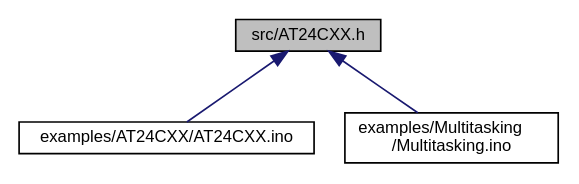
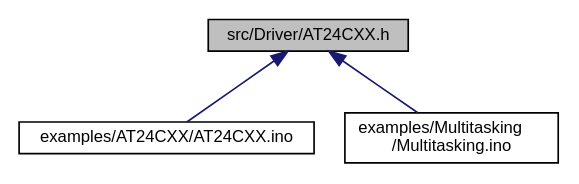
One commit to mikaelpatel/mikaelpatel.github.io changed the diagram in Arduino-TWI/db/db6/AT24CXX_8h__dep__incl.dot. Above: the diagram before and after it, drawn with Graphviz. The commit also changed 144 other files, not shown here.

```diff
--- a/Arduino-TWI/db/db6/AT24CXX_8h__dep__incl.dot
+++ b/Arduino-TWI/db/db6/AT24CXX_8h__dep__incl.dot
@@ -1,10 +1,10 @@
-digraph "src/AT24CXX.h"
+digraph "src/Driver/AT24CXX.h"
 {
   edge [fontname="Helvetica",fontsize="10",labelfontname="Helvetica",labelfontsize="10"];
   node [fontname="Helvetica",fontsize="10",shape=record];
-  Node1 [label="src/AT24CXX.h",height=0.2,width=0.4,color="black", fillcolor="grey75", style="filled", fontcolor="black"];
+  Node1 [label="src/Driver/AT24CXX.h",height=0.2,width=0.4,color="black", fillcolor="grey75", style="filled", fontcolor="black"];
   Node1 -> Node2 [dir="back",color="midnightblue",fontsize="10",style="solid",fontname="Helvetica"];
   Node2 [label="examples/AT24CXX/AT24CXX.ino",height=0.2,width=0.4,color="black", fillcolor="white", style="filled",URL="$de/d62/AT24CXX_8ino.html"];
   Node1 -> Node3 [dir="back",color="midnightblue",fontsize="10",style="solid",fontname="Helvetica"];
   Node3 [label="examples/Multitasking\l/Multitasking.ino",height=0.2,width=0.4,color="black", fillcolor="white", style="filled",URL="$d0/df3/Multitasking_8ino.html"];
 }
```
